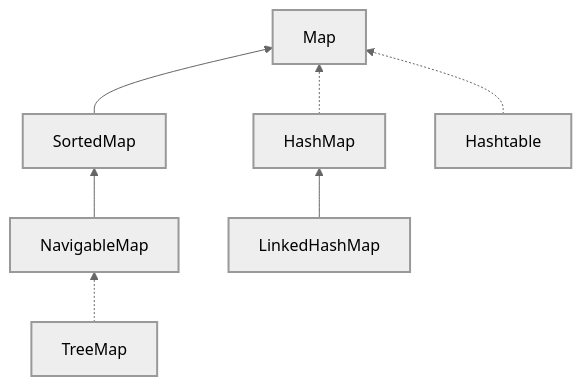
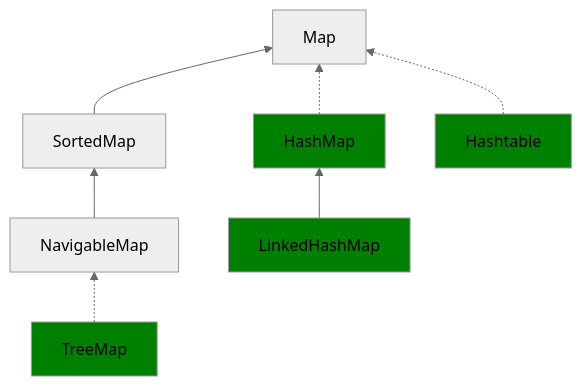
The second of 4 diagrams in readme.md (ailenus/java-notes), drawn with Mermaid (neutral theme) before and after one commit. The commit also changed other lines of this file, not shown here.

````diff
--- a/readme.md
+++ b/readme.md
@@ -637,16 +636,13 @@
 ```mermaid
 graph BT
-    style Map fill:##333, stroke:##ccc, stroke-width:2px, color:##fff
-    style SortedMap fill:##333, stroke:##ccc, stroke-width:2px, color:##fff
-    style NavigableMap fill:##333, stroke:##ccc, stroke-width:2px, color:##fff
-    style TreeMap fill:##393, stroke:##ccc, stroke-width:2px, color:##fff
-    style HashMap fill:##393, stroke:##ccc, stroke-width:2px, color:##fff
-    style LinkedHashMap fill:##393, stroke:##ccc, stroke-width:2px, color:##fff
-    style Hashtable fill:##393, stroke:##ccc, stroke-width:2px, color:##fff
+    style TreeMap fill:green
+    style HashMap fill:green
+    style LinkedHashMap fill:green
+    style Hashtable fill:green
     SortedMap --> Map
     NavigableMap --> SortedMap
     TreeMap -.-> NavigableMap
     HashMap -.-> Map
     LinkedHashMap --> HashMap
     Hashtable -.-> Map
 ```
````
